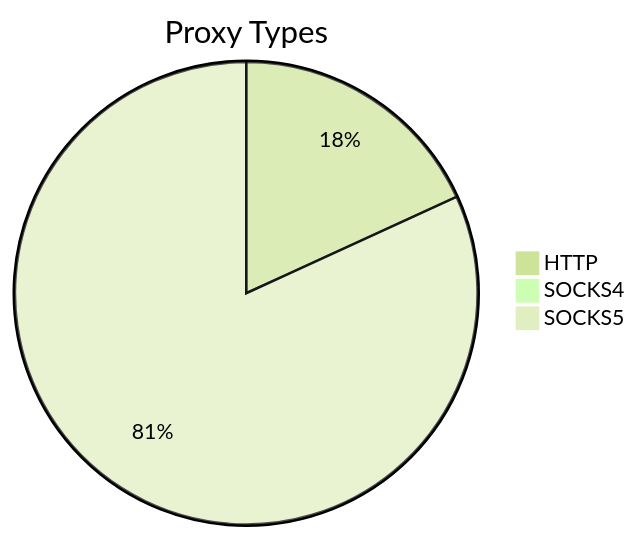
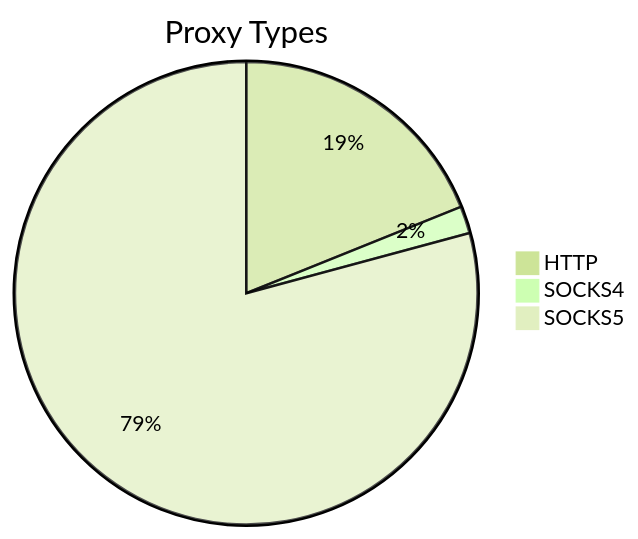
The first of 2 diagrams in README.md (stormsia/proxy-list), drawn with Mermaid (forest theme) before and after one commit. The commit also changed other lines of this file, not shown here.

````diff
--- a/README.md
+++ b/README.md
@@ -21,6 +21,6 @@
 ```mermaid
 pie title Proxy Types
-    "HTTP" : 439
-    "SOCKS4" : 16
-    "SOCKS5" : 1979
+    "HTTP" : 858
+    "SOCKS4" : 86
+    "SOCKS5" : 3593
 ```
````
